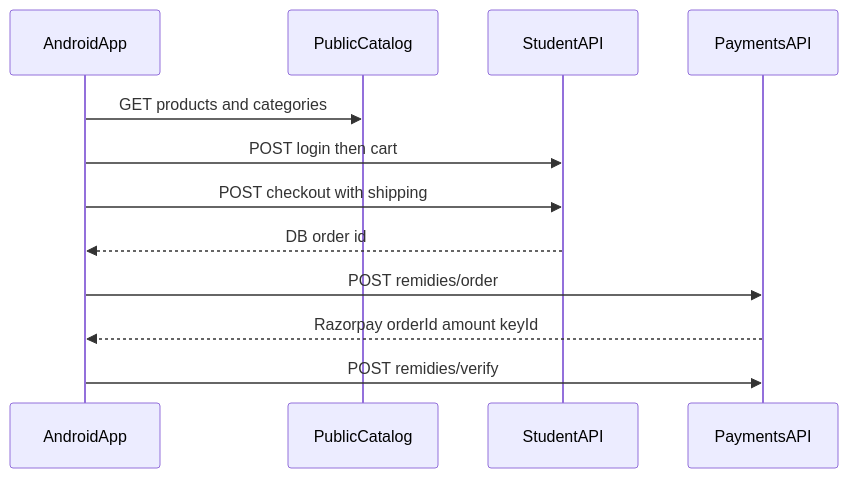
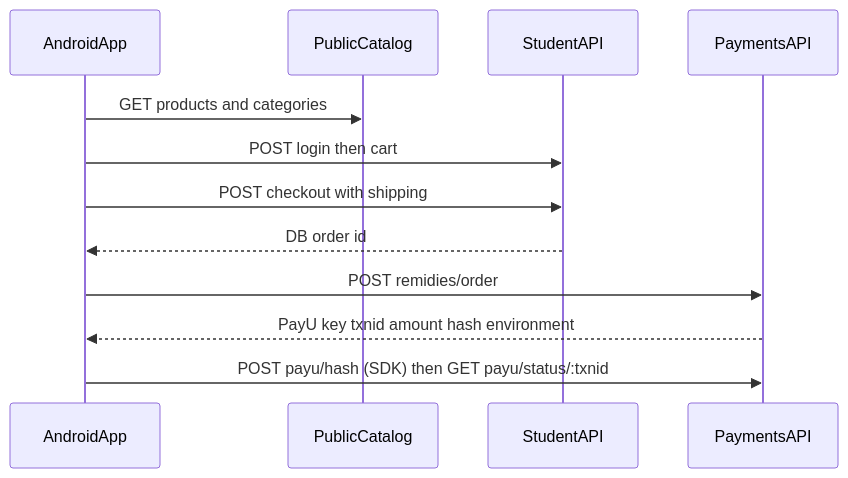
One commit to WizCoderr/vastuarunsharma changed the diagram in android-shop-api.md. Above: the diagram before and after it, drawn with Mermaid. The commit also changed other lines of this file and 37 other files, not shown here.

````diff
--- a/android-shop-api.md
+++ b/android-shop-api.md
@@ -41,14 +41,14 @@
 ```mermaid
 sequenceDiagram
   participant App as AndroidApp
   participant Pub as PublicCatalog
   participant Auth as StudentAPI
   participant Pay as PaymentsAPI
   App->>Pub: GET products and categories
   App->>Auth: POST login then cart
   App->>Auth: POST checkout with shipping
   Auth-->>App: DB order id
   App->>Pay: POST remidies/order
-  Pay-->>App: Razorpay orderId amount keyId
-  App->>Pay: POST remidies/verify
+  Pay-->>App: PayU key txnid amount hash environment
+  App->>Pay: POST payu/hash (SDK) then GET payu/status/:txnid
 ```
````
